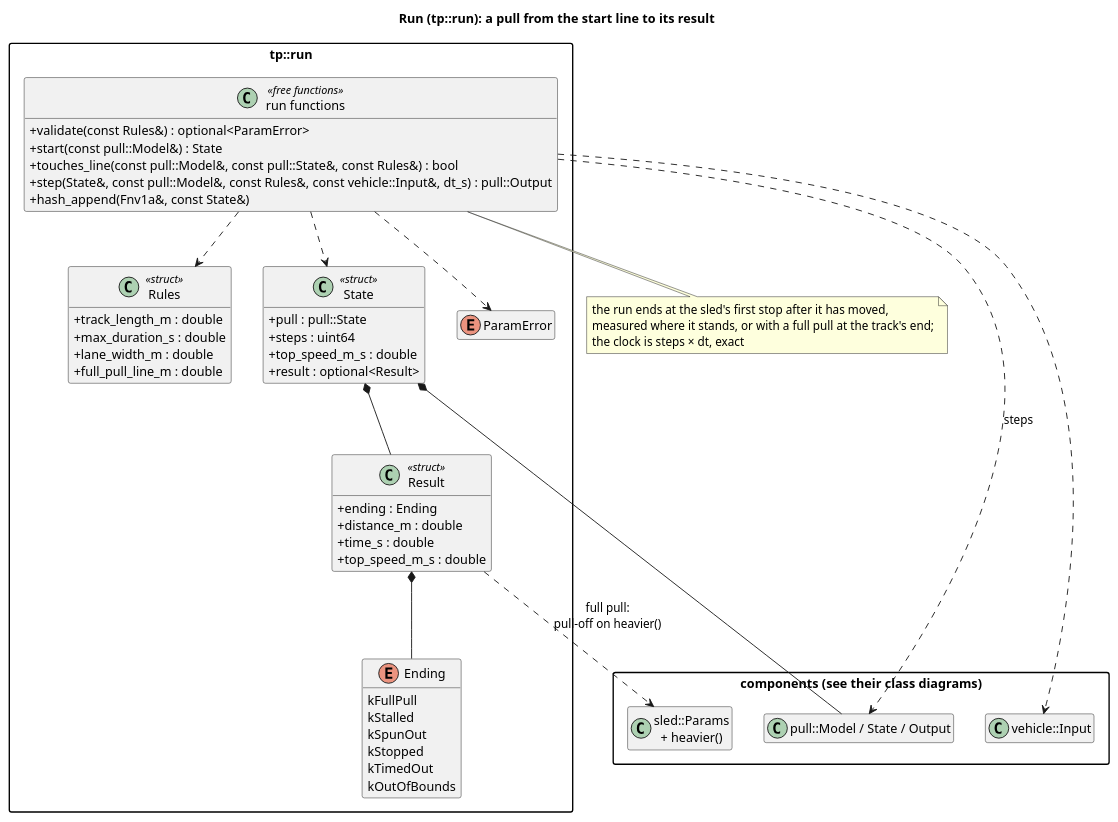
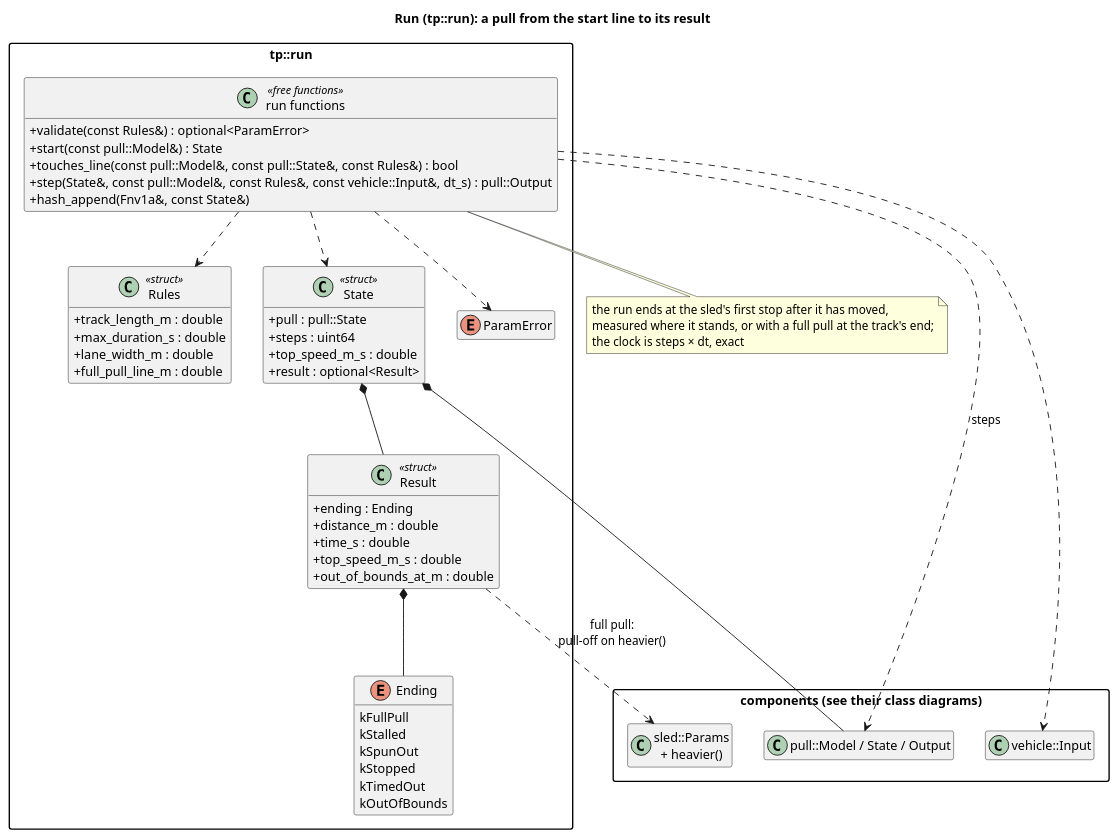
The diagram in docs/diagrams/run_classes.puml (wversteeg/TractorPulling), drawn with PlantUML before and after one commit. The commit also changed 12 other files, not shown here.

First line of the commit message:
Out of bounds before the 30 m line may be restarted

```diff
--- a/docs/diagrams/run_classes.puml
+++ b/docs/diagrams/run_classes.puml
@@ -1,63 +1,64 @@
 @startuml run_classes
 title Run (tp::run): a pull from the start line to its result
 hide empty members
 skinparam packageStyle rectangle
 skinparam classAttributeIconSize 0
 
 package "components (see their class diagrams)" {
   class "pull::Model / State / Output" as Pull
   class "sled::Params\n+ heavier()" as Sled
   class "vehicle::Input" as Input
 }
 
 package "tp::run" {
   class Rules <<struct>> {
     +track_length_m : double
     +max_duration_s : double
     +lane_width_m : double
     +full_pull_line_m : double
   }
   enum Ending {
     kFullPull
     kStalled
     kSpunOut
     kStopped
     kTimedOut
     kOutOfBounds
   }
   class Result <<struct>> {
     +ending : Ending
     +distance_m : double
     +time_s : double
     +top_speed_m_s : double
+    +out_of_bounds_at_m : double
   }
   class State <<struct>> {
     +pull : pull::State
     +steps : uint64
     +top_speed_m_s : double
     +result : optional<Result>
   }
   enum ParamError
   class "run functions" as RunFns <<free functions>> {
     +validate(const Rules&) : optional<ParamError>
     +start(const pull::Model&) : State
     +touches_line(const pull::Model&, const pull::State&, const Rules&) : bool
     +step(State&, const pull::Model&, const Rules&, const vehicle::Input&, dt_s) : pull::Output
     +hash_append(Fnv1a&, const State&)
   }
   Result *-- Ending
   State *-- Result
   RunFns ..> Rules
   RunFns ..> State
   RunFns ..> ParamError
 }
 State *-- Pull
 RunFns ..> Input
 RunFns ..> Pull : steps
 Result ..> Sled : full pull:\npull-off on heavier()
 note bottom of RunFns
   the run ends at the sled's first stop after it has moved,
   measured where it stands, or with a full pull at the track's end;
   the clock is steps × dt, exact
 end note
 @enduml
```
